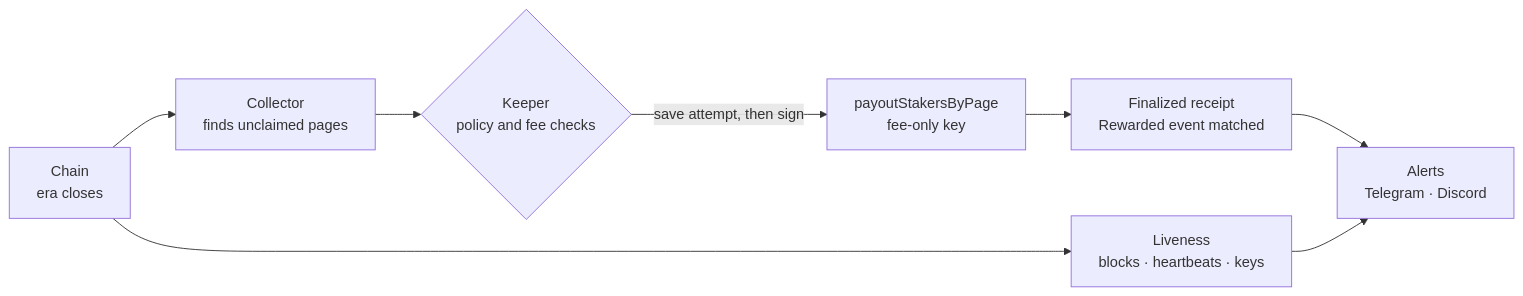
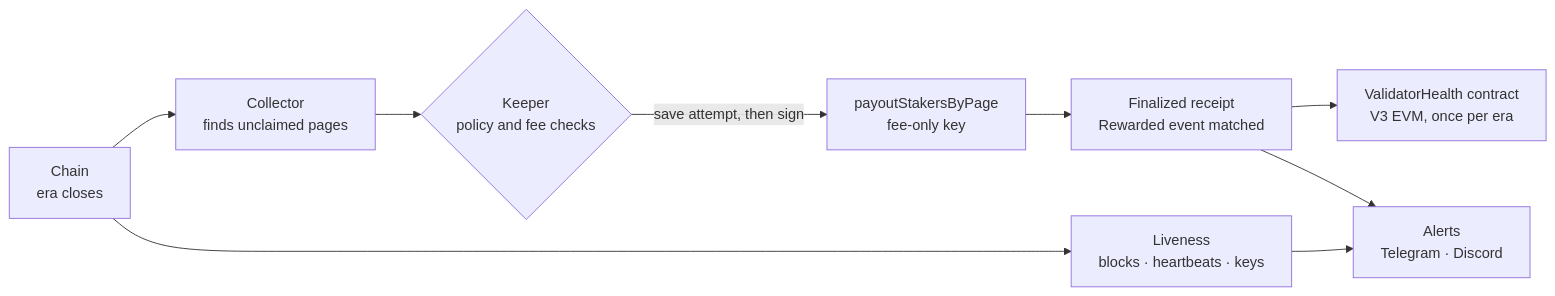
The first of 2 diagrams in README.md (Timidan/portalnode), drawn with Mermaid before and after one commit. The commit also changed other lines of this file and 4 other files, not shown here.

Commit message:
Docs: health contract evidence, mainnet findings, claim-it-yourself, development log to 25 Oct

````diff
--- a/README.md
+++ b/README.md
@@ -61,10 +62,11 @@
 ```mermaid
 flowchart LR
   C["Chain<br/>era closes"] --> K["Collector<br/>finds unclaimed pages"]
   K --> P{"Keeper<br/>policy and fee checks"}
   P -->|"save attempt, then sign"| T["payoutStakersByPage<br/>fee-only key"]
   T --> R["Finalized receipt<br/>Rewarded event matched"]
+  R --> H["ValidatorHealth contract<br/>V3 EVM, once per era"]
   C --> L["Liveness<br/>blocks · heartbeats · keys"]
   R --> A["Alerts<br/>Telegram · Discord"]
   L --> A
 ```
````
